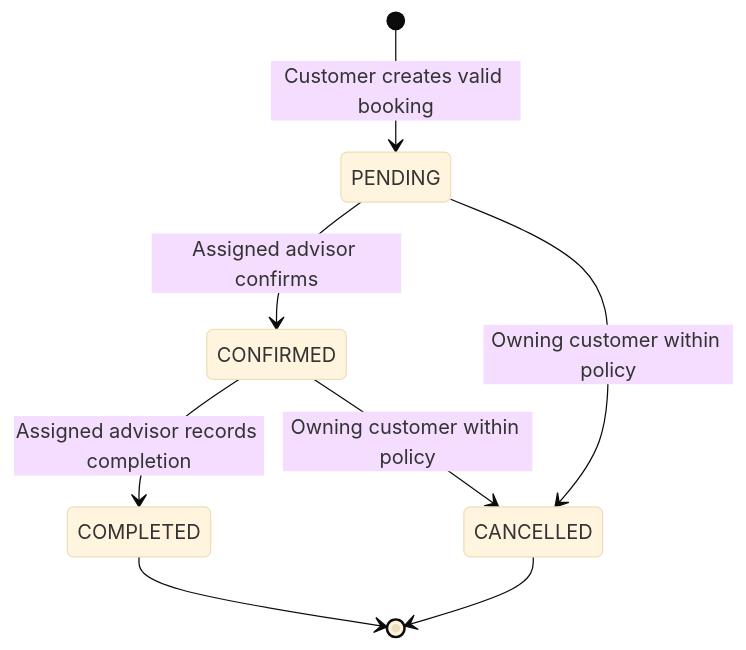
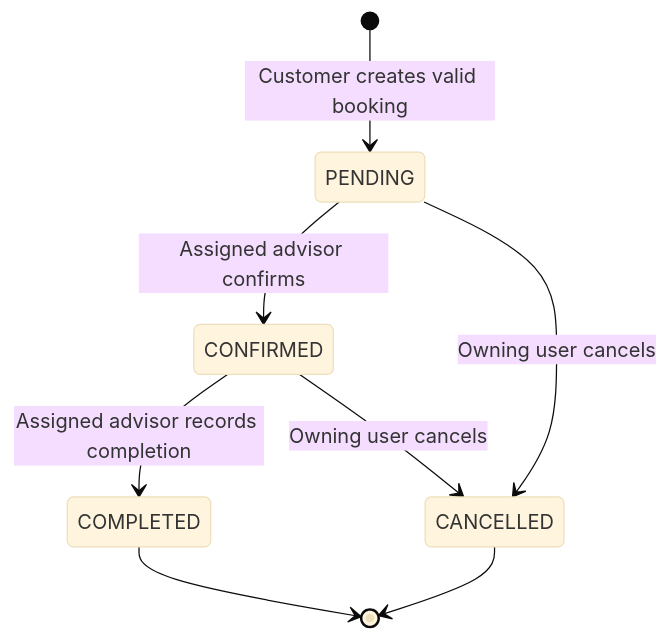
Before and after one commit to amriiit/consultify: the third of 5 diagrams in docs/CONSULTIFY_MASTER_SPEC.md, drawn with Mermaid (base theme). The commit also changed other lines of this file, not shown here.

````diff
--- a/docs/CONSULTIFY_MASTER_SPEC.md
+++ b/docs/CONSULTIFY_MASTER_SPEC.md
@@ -1380,10 +1447,10 @@
 ```mermaid
 stateDiagram-v2
     [*] --> PENDING: Customer creates valid booking
     PENDING --> CONFIRMED: Assigned advisor confirms
     CONFIRMED --> COMPLETED: Assigned advisor records completion
-    PENDING --> CANCELLED: Owning customer within policy
-    CONFIRMED --> CANCELLED: Owning customer within policy
+    PENDING --> CANCELLED: Owning user cancels
+    CONFIRMED --> CANCELLED: Owning user cancels
     COMPLETED --> [*]
     CANCELLED --> [*]
 ```
````
